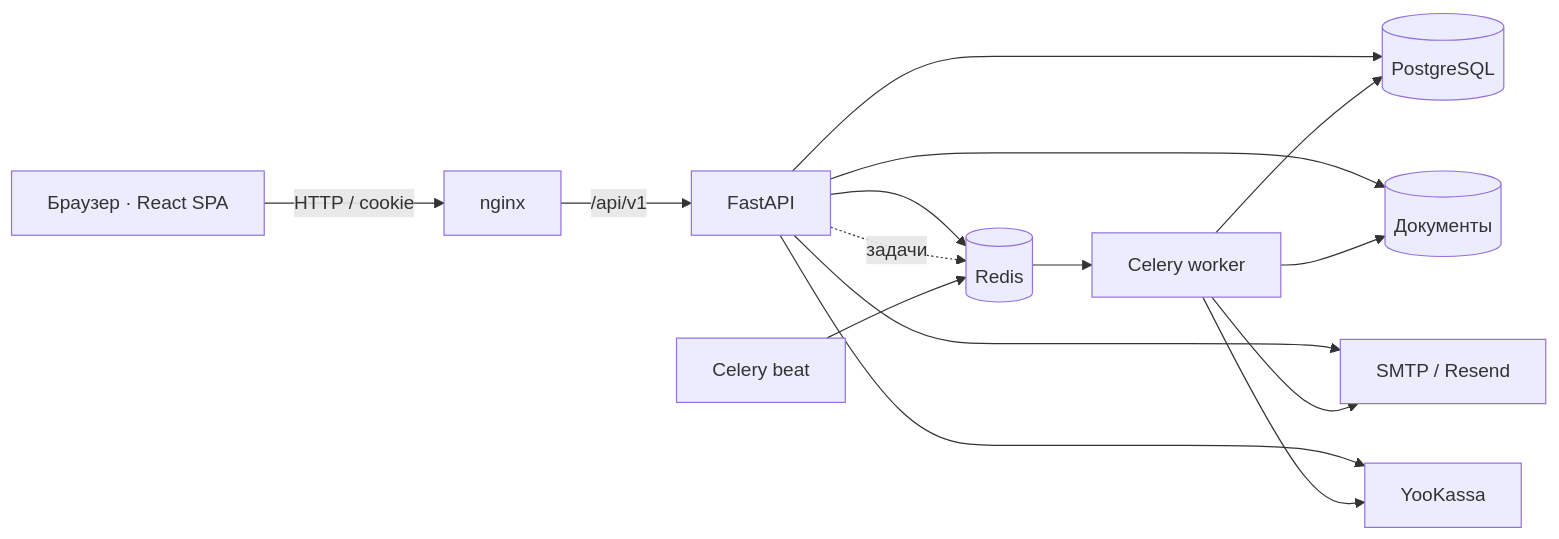
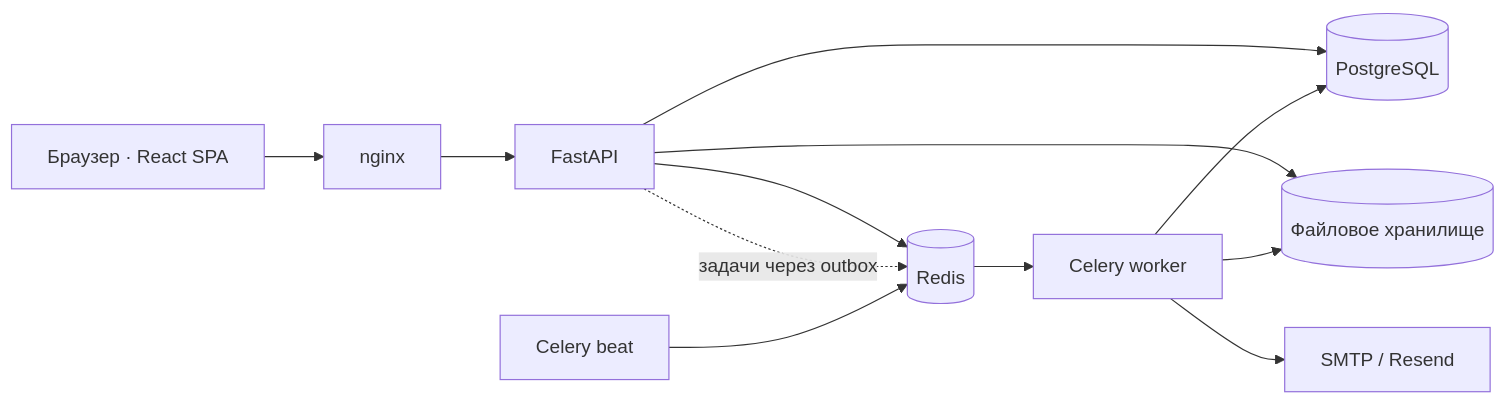
One commit to vladweat/landlords changed the diagram in README.md. Above: the diagram before and after it, drawn with Mermaid. The commit also changed other lines of this file and 29 other files, not shown here.

````diff
--- a/README.md
+++ b/README.md
@@ -19,17 +26,14 @@
 ```mermaid
 flowchart LR
-  Browser[Браузер · React SPA] -->|HTTP / cookie| Nginx[nginx]
-  Nginx -->|/api/v1| API[FastAPI]
+  Browser[Браузер · React SPA] --> Nginx[nginx]
+  Nginx --> API[FastAPI]
   API --> PG[(PostgreSQL)]
   API --> Redis[(Redis)]
-  API --> Files[(Документы)]
-  API --> SMTP[SMTP / Resend]
-  API --> YooKassa[YooKassa]
-  API -. задачи .-> Redis
+  API --> Files[(Файловое хранилище)]
+  API -. задачи через outbox .-> Redis
   Beat[Celery beat] --> Redis
   Redis --> Worker[Celery worker]
   Worker --> PG
   Worker --> Files
-  Worker --> SMTP
-  Worker --> YooKassa
+  Worker --> Mail[SMTP / Resend]
 ```
````
